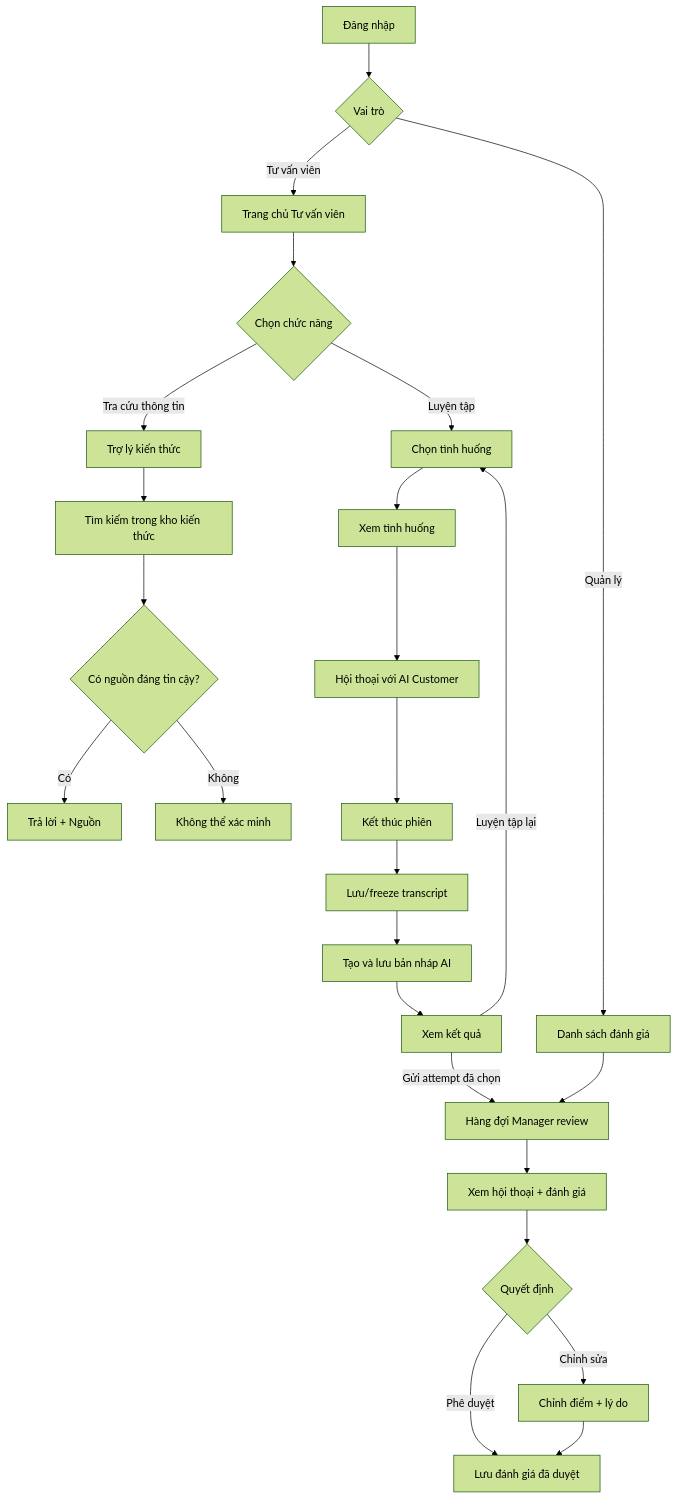
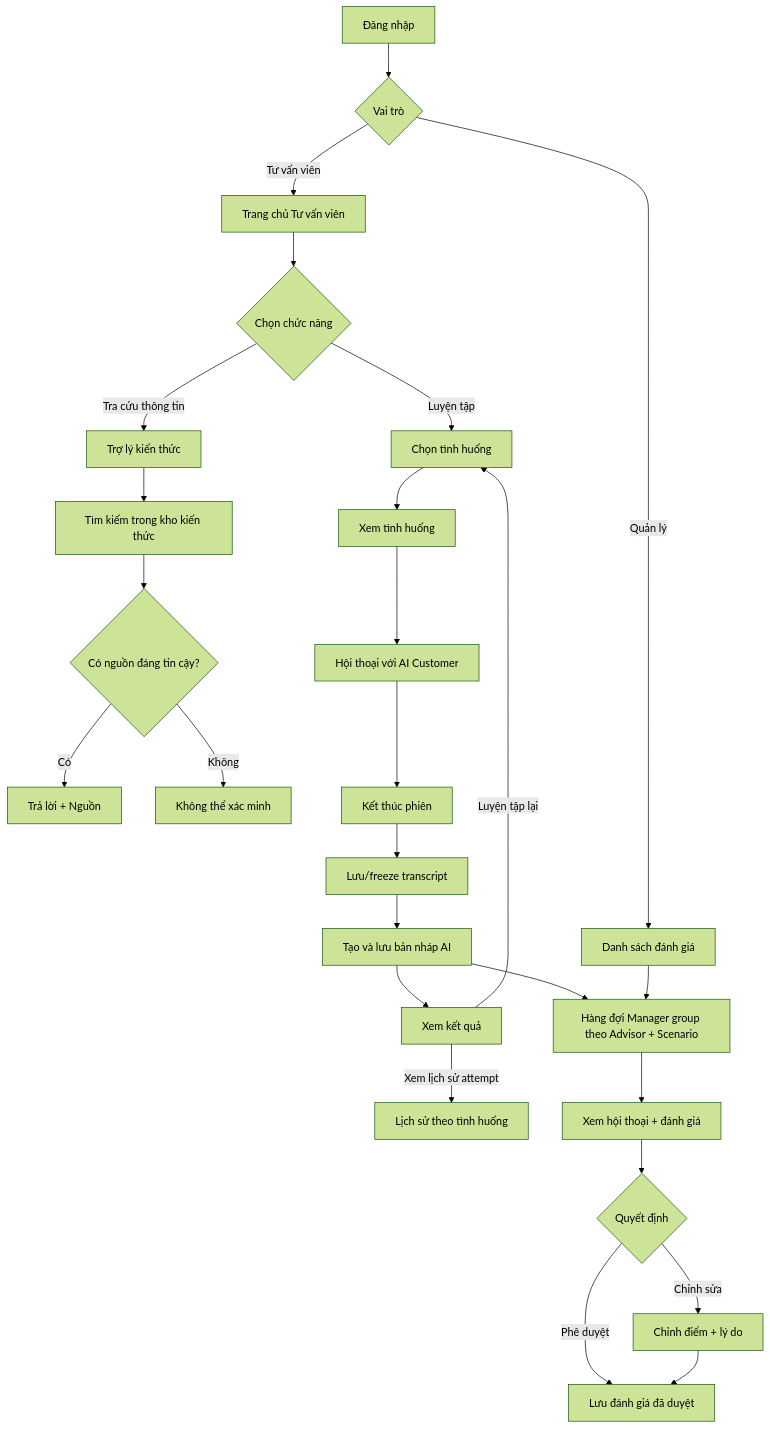
The diagram in docs/gate1/WIREFRAME_UI_FLOW.md (AnCoder1310/nvsale), drawn with Mermaid (forest theme) before and after one commit. The commit also changed other lines of this file and 5 other files, not shown here.

Commit message:
docs(practice): simplify attempt review lifecycle

````diff
--- a/docs/gate1/WIREFRAME_UI_FLOW.md
+++ b/docs/gate1/WIREFRAME_UI_FLOW.md
@@ -362,39 +364,40 @@
 ```mermaid
 flowchart TD
 
 A[Đăng nhập] --> B{Vai trò}
 
 B -->|Tư vấn viên| C[Trang chủ Tư vấn viên]
 B -->|Quản lý| M[Danh sách đánh giá]
 
 C --> D{Chọn chức năng}
 
 D -->|Tra cứu thông tin| E[Trợ lý kiến thức]
 
 E --> F[Tìm kiếm trong kho kiến thức]
 F --> G{Có nguồn đáng tin cậy?}
 
 G -->|Có| H[Trả lời + Nguồn]
 G -->|Không| I[Không thể xác minh]
 
 D -->|Luyện tập| J[Chọn tình huống]
 
 J --> K[Xem tình huống]
 K --> L[Hội thoại với AI Customer]
 
 L --> N[Kết thúc phiên]
 N --> O[Lưu/freeze transcript]
 O --> P[Tạo và lưu bản nháp AI]
 P --> Q[Xem kết quả]
 
 Q -->|Luyện tập lại| J
-Q -->|Gửi attempt đã chọn| R[Hàng đợi Manager review]
+Q -->|Xem lịch sử attempt| W[Lịch sử theo tình huống]
+P --> R[Hàng đợi Manager group theo Advisor + Scenario]
 
 M --> R
 R --> S[Xem hội thoại + đánh giá]
 S --> T{Quyết định}
 
 T -->|Phê duyệt| U[Lưu đánh giá đã duyệt]
 T -->|Chỉnh sửa| V[Chỉnh điểm + lý do]
 V --> U
 ```
````
